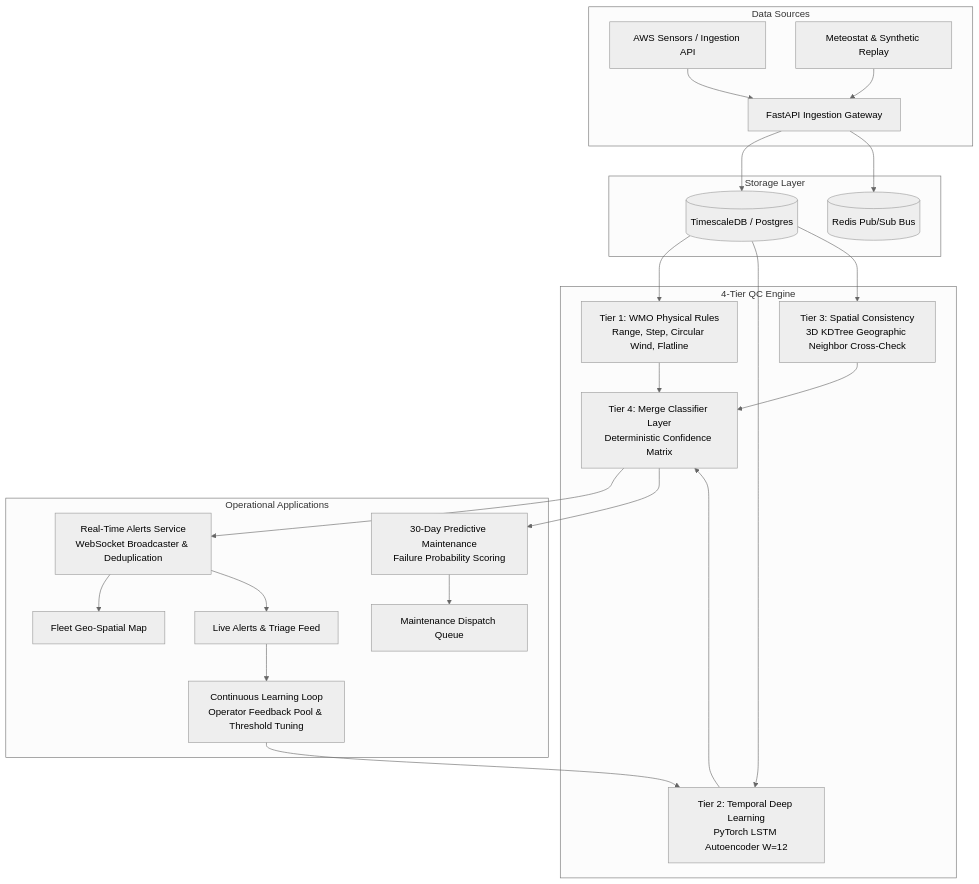
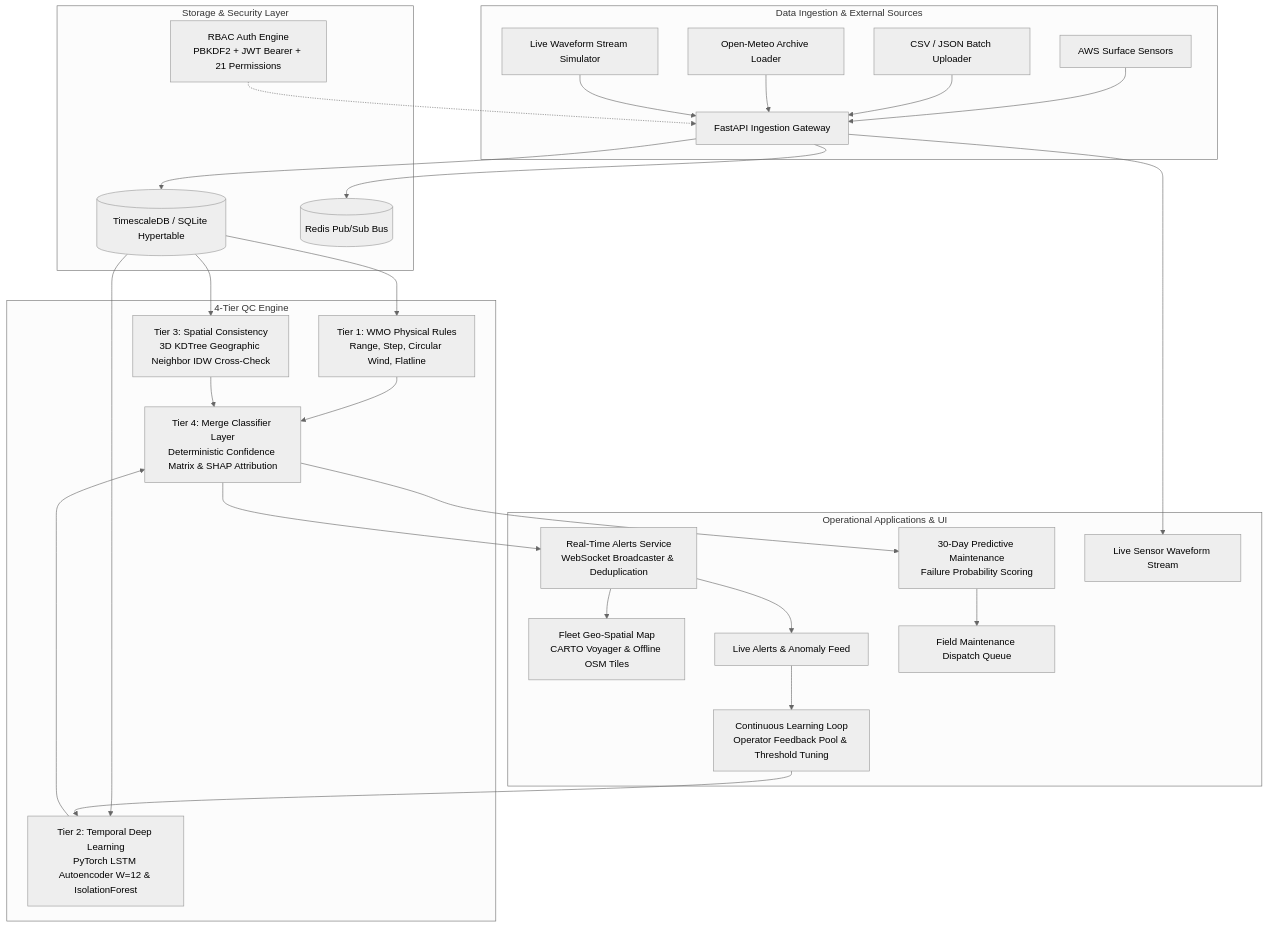
Before and after one commit to JiveshNage/AeroSentinel: the diagram in README.md, drawn with Mermaid (neutral theme). The commit also changed other lines of this file, not shown here.

````diff
--- a/README.md
+++ b/README.md
@@ -51,34 +53,38 @@
 ```mermaid
 flowchart TD
-    subgraph Data Sources
-        S1[AWS Sensors / Ingestion API] --> IG[FastAPI Ingestion Gateway]
-        SIM[Meteostat & Synthetic Replay] --> IG
+    subgraph Data Ingestion & External Sources
+        S1[AWS Surface Sensors] --> IG[FastAPI Ingestion Gateway]
+        FILE[CSV / JSON Batch Uploader] --> IG
+        OPENMETEO[Open-Meteo Archive Loader] --> IG
+        SIM[Live Waveform Stream Simulator] --> IG
     end
 
-    subgraph Storage Layer
-        IG --> TSDB[(TimescaleDB / Postgres)]
+    subgraph Storage & Security Layer
+        IG --> TSDB[(TimescaleDB / SQLite Hypertable)]
         IG --> REDIS[(Redis Pub/Sub Bus)]
+        AUTH[RBAC Auth Engine\nPBKDF2 + JWT Bearer + 21 Permissions] -.-> IG
     end
 
     subgraph 4-Tier QC Engine
         TSDB --> T1[Tier 1: WMO Physical Rules\nRange, Step, Circular Wind, Flatline]
-        TSDB --> T2[Tier 2: Temporal Deep Learning\nPyTorch LSTM Autoencoder W=12]
-        TSDB --> T3[Tier 3: Spatial Consistency\n3D KDTree Geographic Neighbor Cross-Check]
+        TSDB --> T2[Tier 2: Temporal Deep Learning\nPyTorch LSTM Autoencoder W=12 & IsolationForest]
+        TSDB --> T3[Tier 3: Spatial Consistency\n3D KDTree Geographic Neighbor IDW Cross-Check]
         
-        T1 --> T4[Tier 4: Merge Classifier Layer\nDeterministic Confidence Matrix]
+        T1 --> T4[Tier 4: Merge Classifier Layer\nDeterministic Confidence Matrix & SHAP Attribution]
         T2 --> T4
         T3 --> T4
     end
 
-    subgraph Operational Applications
+    subgraph Operational Applications & UI
         T4 --> ALERTS[Real-Time Alerts Service\nWebSocket Broadcaster & Deduplication]
         T4 --> MAINT[30-Day Predictive Maintenance\nFailure Probability Scoring]
         
-        ALERTS --> UI1[Fleet Geo-Spatial Map]
-        ALERTS --> UI2[Live Alerts & Triage Feed]
-        MAINT --> UI3[Maintenance Dispatch Queue]
+        ALERTS --> UI1[Fleet Geo-Spatial Map\nCARTO Voyager & Offline OSM Tiles]
+        ALERTS --> UI2[Live Alerts & Anomaly Feed]
+        MAINT --> UI3[Field Maintenance Dispatch Queue]
+        IG --> UI4[Live Sensor Waveform Stream]
         
         UI2 --> RETRAIN[Continuous Learning Loop\nOperator Feedback Pool & Threshold Tuning]
         RETRAIN --> T2
     end
 ```
````
